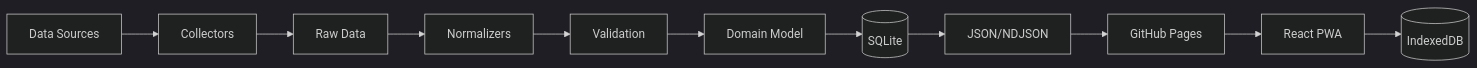
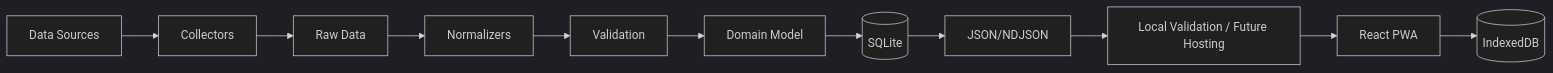
One commit to archer0615/HomeHunt changed the diagram in docs/architecture.md. Above: the diagram before and after it, drawn with Mermaid (dark theme). The commit also changed other lines of this file and 3 other files, not shown here.

Commit message:
docs: defer GitHub Pages production validation

````diff
--- a/docs/architecture.md
+++ b/docs/architecture.md
@@ -3,4 +3,4 @@
 ```mermaid
 flowchart LR
- S[Data Sources] --> C[Collectors] --> R[Raw Data] --> N[Normalizers] --> V[Validation] --> D[Domain Model] --> Q[(SQLite)] --> E[JSON/NDJSON] --> G[GitHub Pages] --> P[React PWA] --> I[(IndexedDB)]
+ S[Data Sources] --> C[Collectors] --> R[Raw Data] --> N[Normalizers] --> V[Validation] --> D[Domain Model] --> Q[(SQLite)] --> E[JSON/NDJSON] --> L[Local Validation / Future Hosting] --> P[React PWA] --> I[(IndexedDB)]
 ```
````
